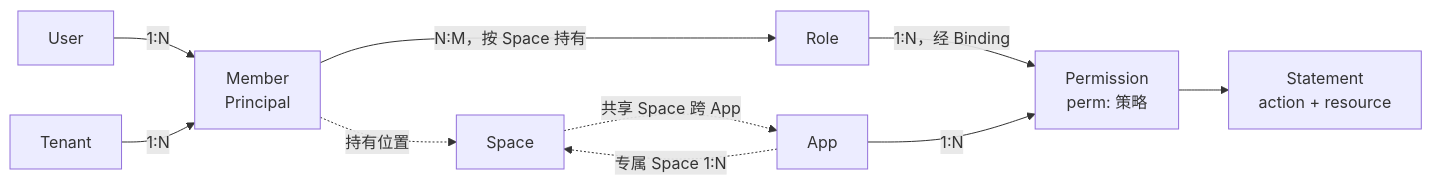
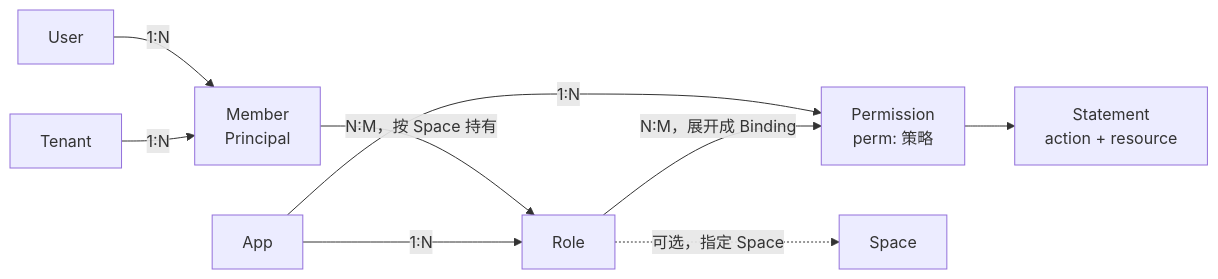
Before and after one commit to Ahoo-Wang/CoSec: the diagram in docs/rfc/0012-roles-and-spaces.md, drawn with Mermaid. The commit also changed other lines of this file and 1 other file, not shown here.

````diff
--- a/docs/rfc/0012-roles-and-spaces.md
+++ b/docs/rfc/0012-roles-and-spaces.md
@@ -53,12 +68,11 @@
 ```mermaid
 flowchart LR
     U[User] -->|1:N| M[Member<br>Principal]
     T[Tenant] -->|1:N| M
     M -->|N:M，按 Space 持有| R[Role]
-    R -->|1:N，经 Binding| P[Permission<br>perm: 策略]
-    A[App] -->|1:N| P
-    A -.->|专属 Space 1:N| S[Space]
-    S -.->|共享 Space 跨 App| A
-    M -.->|持有位置| S
+    A[App] -->|1:N| R
+    A -->|1:N| P[Permission<br>perm: 策略]
+    R -->|N:M，展开成 Binding| P
+    R -.->|可选，指定 Space| S[Space]
     P --> ST[Statement<br>action + resource]
 ```
````
